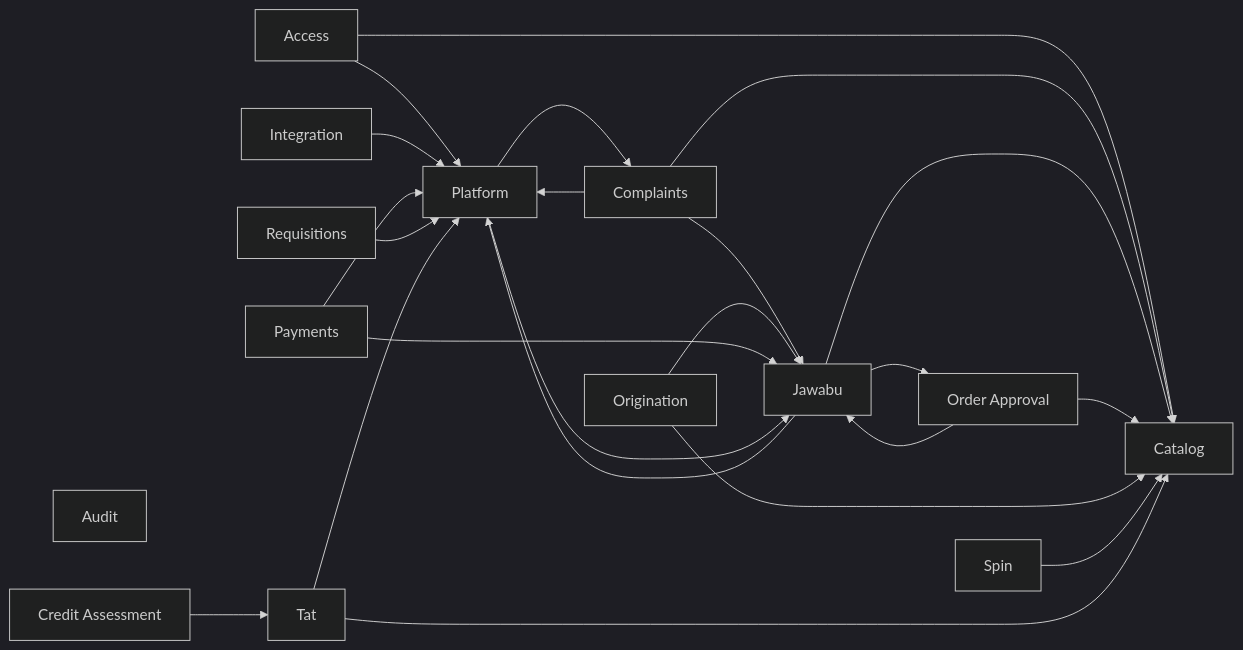
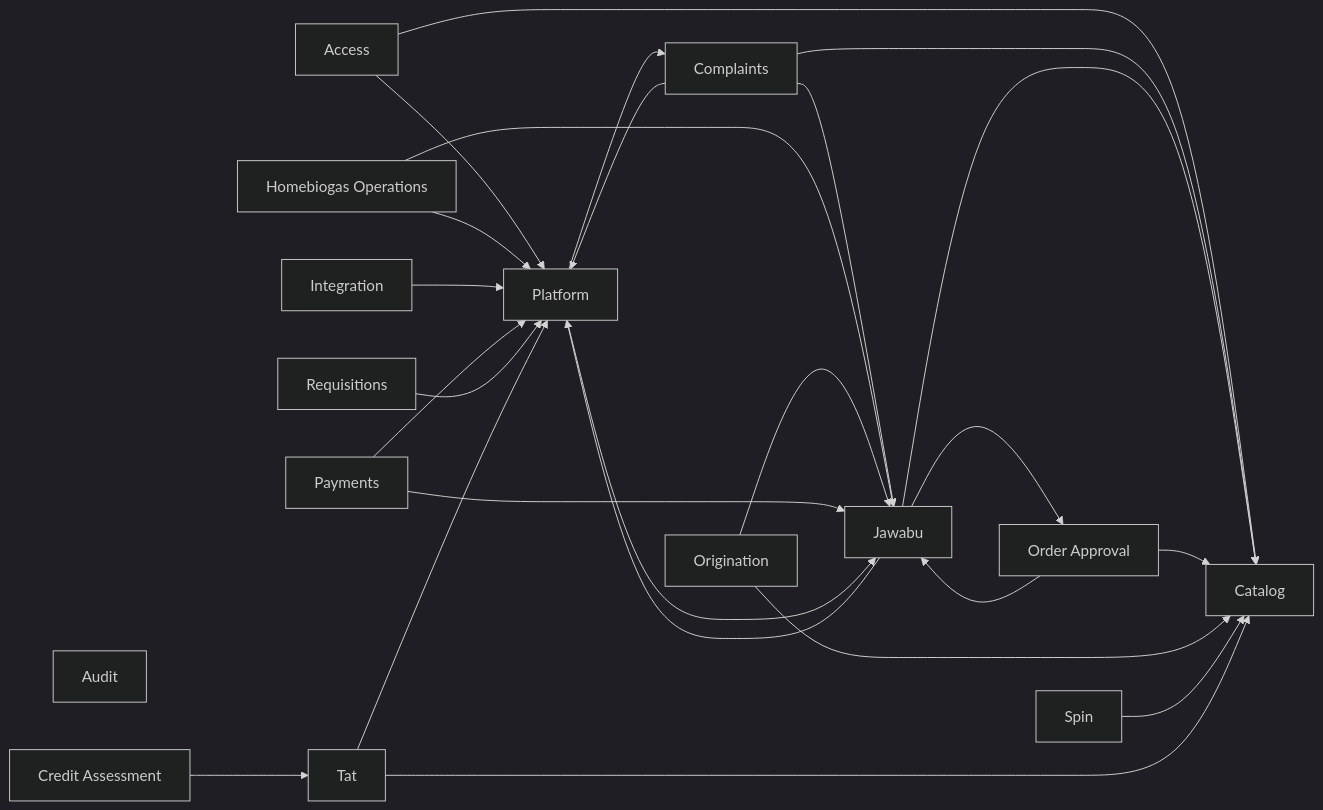
Before and after one commit to bedanavrvm/HB-Biogas-Telegram-Bot: the diagram in docs/database/overview.mmd, drawn with Mermaid (dark theme). The commit also changed 30 other files, not shown here.

```diff
--- a/docs/database/overview.mmd
+++ b/docs/database/overview.mmd
@@ -1,37 +1,40 @@
 flowchart LR
   access["Access"]
   audit["Audit"]
   catalog["Catalog"]
   complaints["Complaints"]
   credit_assessment["Credit Assessment"]
+  homebiogas_operations["Homebiogas Operations"]
   integration["Integration"]
   jawabu["Jawabu"]
   order_approval["Order Approval"]
   origination["Origination"]
   payments["Payments"]
   platform["Platform"]
   requisitions["Requisitions"]
   spin["Spin"]
   tat["Tat"]
   access --> catalog
   access --> platform
   complaints --> catalog
   complaints --> jawabu
   complaints --> platform
   credit_assessment --> tat
+  homebiogas_operations --> jawabu
+  homebiogas_operations --> platform
   integration --> platform
   jawabu --> catalog
   jawabu --> order_approval
   jawabu --> platform
   order_approval --> catalog
   order_approval --> jawabu
   origination --> catalog
   origination --> jawabu
   payments --> jawabu
   payments --> platform
   platform --> complaints
   platform --> jawabu
   requisitions --> platform
   spin --> catalog
   tat --> catalog
   tat --> platform
```
